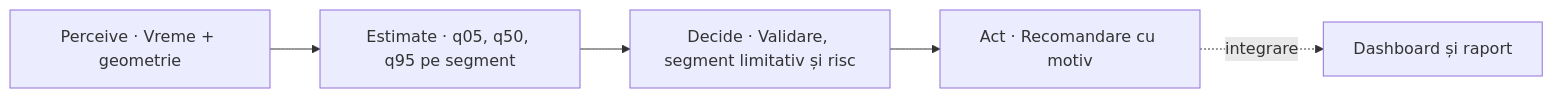
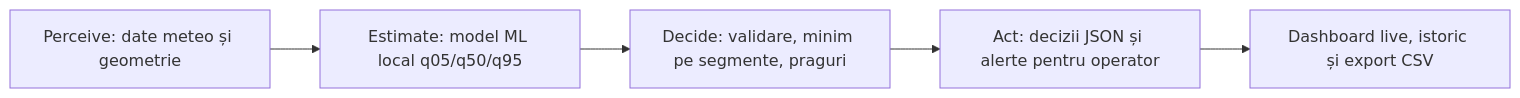
The diagram in gridpilot-ai/README.md (Fandrei19/Smarthack), drawn with Mermaid before and after one commit. The commit also changed other lines of this file and 1 other file, not shown here.

````diff
--- a/gridpilot-ai/README.md
+++ b/gridpilot-ai/README.md
@@ -13,7 +17,7 @@
 ```mermaid
 flowchart LR
-    A["Perceive · Vreme + geometrie"] --> B["Estimate · q05, q50, q95 pe segment"]
-    B --> C["Decide · Validare, segment limitativ și risc"]
-    C --> D["Act · Recomandare cu motiv"]
-    D -. integrare .-> E["Dashboard și raport"]
+    A[Perceive: date meteo și geometrie] --> B[Estimate: model ML local q05/q50/q95]
+    B --> C[Decide: validare, minim pe segmente, praguri]
+    C --> D[Act: decizii JSON și alerte pentru operator]
+    D --> E[Dashboard live, istoric și export CSV]
 ```
````
